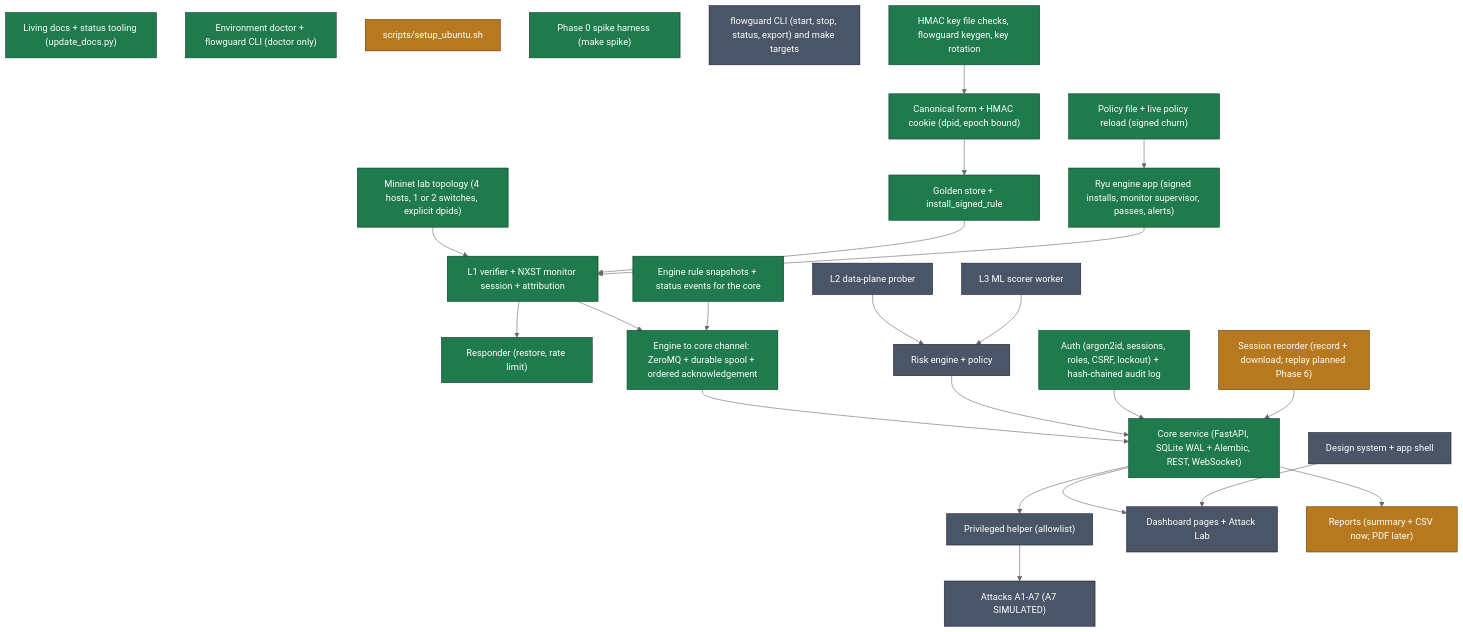
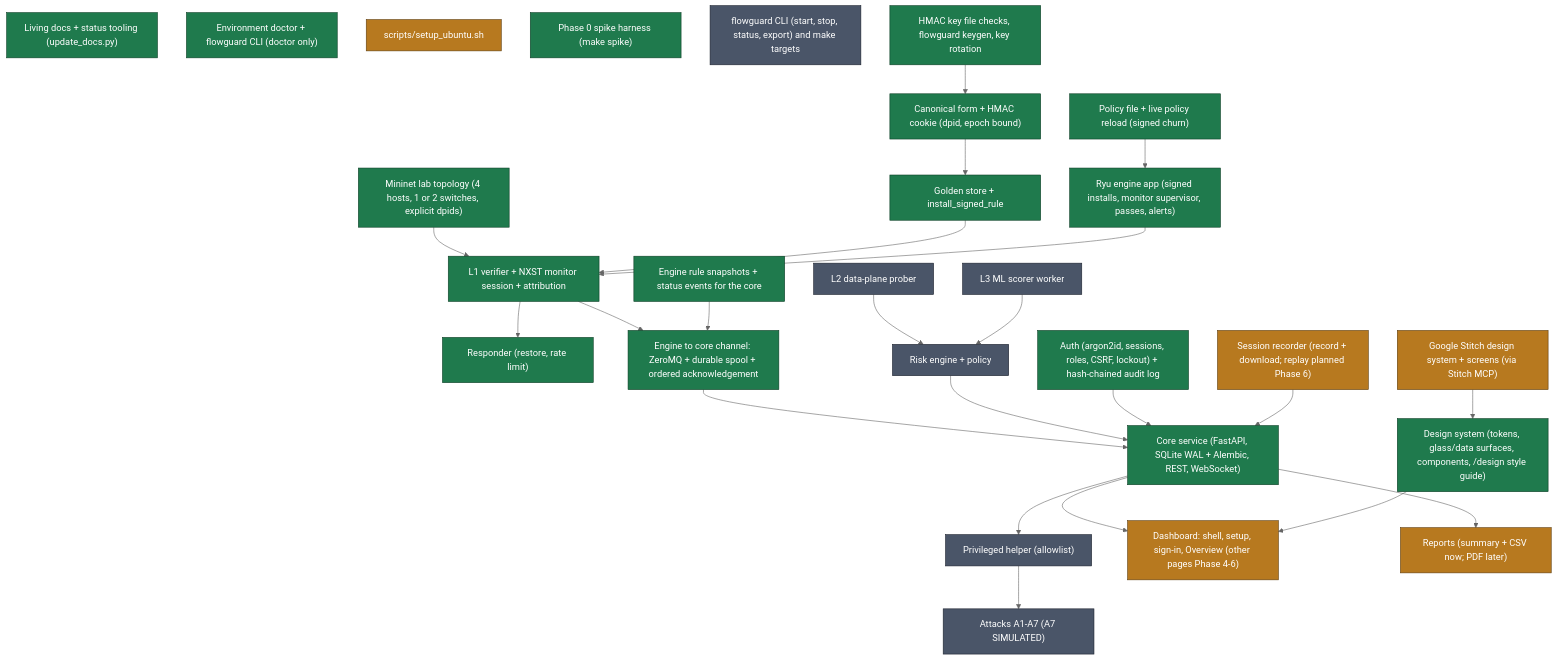
Before and after one commit to RKG765/flowguard: the sixth of 6 diagrams in ARCHITECTURE.md, drawn with Mermaid (neutral theme). The commit also changed other lines of this file and 54 other files, not shown here.

First line of the commit message:
Phase 3: design system (Stitch) and dashboard shell

````diff
--- a/ARCHITECTURE.md
+++ b/ARCHITECTURE.md
@@ -180,56 +182,58 @@
 ```mermaid
 flowchart TB
   docs_tooling["Living docs + status tooling (update_docs.py)"]:::implemented
   doctor["Environment doctor + flowguard CLI (doctor only)"]:::implemented
   setup_script["scripts/setup_ubuntu.sh"]:::partial
   lab_topology["Mininet lab topology (4 hosts, 1 or 2 switches, explicit dpids)"]:::implemented
   spike_harness["Phase 0 spike harness (make spike)"]:::implemented
   engine_crypto["Canonical form + HMAC cookie (dpid, epoch bound)"]:::implemented
   engine_store["Golden store + install_signed_rule"]:::implemented
   engine_verifier["L1 verifier + NXST monitor session + attribution"]:::implemented
   engine_responder["Responder (restore, rate limit)"]:::implemented
   event_channel["Engine to core channel: ZeroMQ + durable spool + ordered acknowledgement"]:::implemented
   core_service["Core service (FastAPI, SQLite WAL + Alembic, REST, WebSocket)"]:::implemented
   core_auth["Auth (argon2id, sessions, roles, CSRF, lockout) + hash-chained audit log"]:::implemented
   helper["Privileged helper (allowlist)"]:::planned
   attacks["Attacks A1-A7 (A7 SIMULATED)"]:::planned
-  web_design_system["Design system + app shell"]:::planned
-  web_pages["Dashboard pages + Attack Lab"]:::planned
+  web_design_system["Design system (tokens, glass/data surfaces, components, /design style guide)"]:::implemented
+  web_pages["Dashboard: shell, setup, sign-in, Overview (other pages Phase 4-6)"]:::partial
   engine_prober["L2 data-plane prober"]:::planned
   ml_worker["L3 ML scorer worker"]:::planned
   risk_engine["Risk engine + policy"]:::planned
   reports["Reports (summary + CSV now; PDF later)"]:::partial
   packaging["flowguard CLI (start, stop, status, export) and make targets"]:::planned
   engine_app["Ryu engine app (signed installs, monitor supervisor, passes, alerts)"]:::implemented
   engine_policy["Policy file + live policy reload (signed churn)"]:::implemented
   key_management["HMAC key file checks, flowguard keygen, key rotation"]:::implemented
   core_recordings["Session recorder (record + download; replay planned Phase 6)"]:::partial
   engine_snapshots["Engine rule snapshots + status events for the core"]:::implemented
+  stitch_designs["Google Stitch design system + screens (via Stitch MCP)"]:::partial
   lab_topology --> engine_verifier
   engine_crypto --> engine_store
   engine_store --> engine_verifier
   engine_verifier --> engine_responder
   engine_verifier --> event_channel
   engine_prober --> risk_engine
   ml_worker --> risk_engine
   event_channel --> core_service
   risk_engine --> core_service
   core_auth --> core_service
   core_service --> web_pages
   web_design_system --> web_pages
   core_service --> helper
   helper --> attacks
   core_service --> reports
   engine_app --> engine_verifier
   engine_policy --> engine_app
   key_management --> engine_crypto
   engine_snapshots --> event_channel
   core_recordings --> core_service
+  stitch_designs --> web_design_system
   classDef done fill:#1f7a4d,stroke:#0b3d24,color:#ffffff;
   classDef in_progress fill:#b7791f,stroke:#5c3b0d,color:#ffffff;
   classDef not_started fill:#4a5568,stroke:#1a202c,color:#ffffff;
   classDef blocked fill:#c53030,stroke:#63171b,color:#ffffff;
   classDef implemented fill:#1f7a4d,stroke:#0b3d24,color:#ffffff;
   classDef partial fill:#b7791f,stroke:#5c3b0d,color:#ffffff;
   classDef planned fill:#4a5568,stroke:#1a202c,color:#ffffff;
 ```
````
